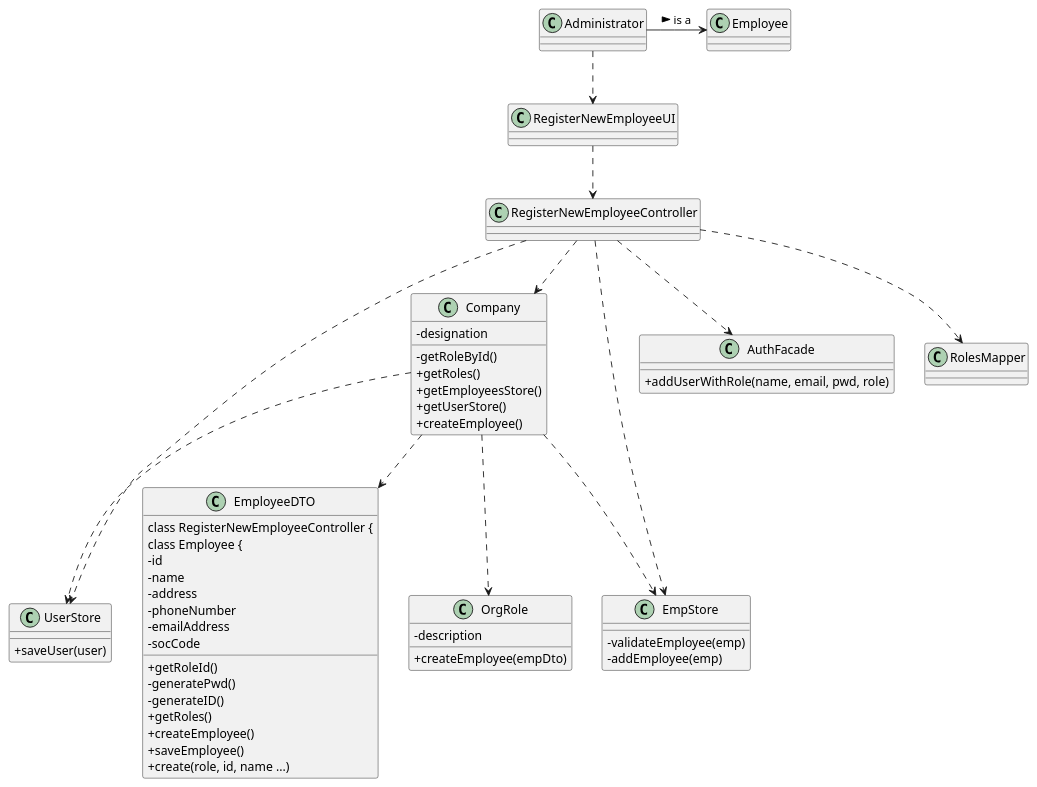
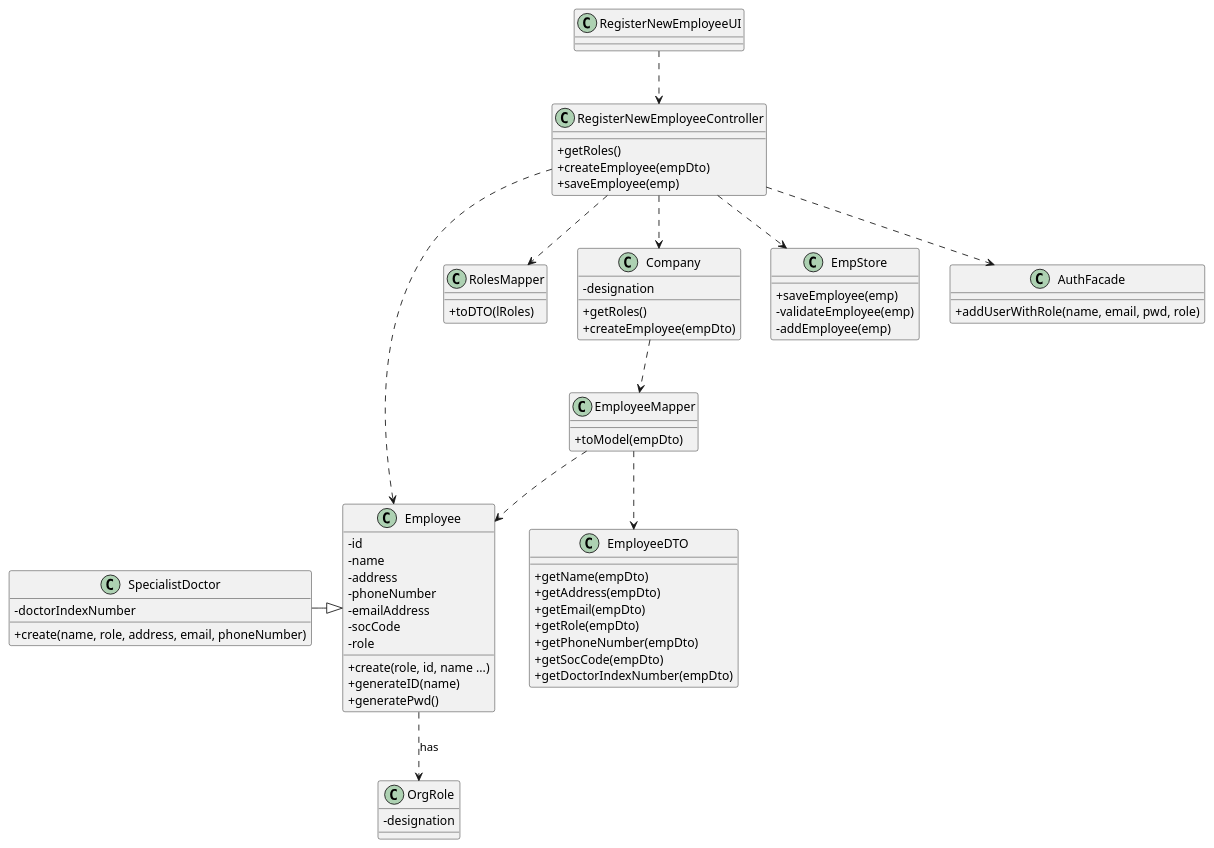
One commit to 0franciscor/lei-21-s2-1de-g19 changed the diagram in docs/SprintB/US07/US07-CD.puml. Above: the diagram before and after it, drawn with PlantUML. The commit also changed 1 other file, not shown here.

```diff
--- a/docs/SprintB/US07/US07-CD.puml
+++ b/docs/SprintB/US07/US07-CD.puml
@@ -1,57 +1,69 @@
 @startuml
 skinparam classAttributeIconSize 0
 class RegisterNewEmployeeUI
+class RolesMapper {
+  +toDTO(lRoles)
+  }
+class EmployeeMapper {
+  +toModel(empDto)
+  }
+class SpecialistDoctor {
+  -doctorIndexNumber
+  +create(name, role, address, email, phoneNumber)
+  }
 class EmployeeDTO {
-  +getRoleId()
+  +getName(empDto)
+  +getAddress(empDto)
+  +getEmail(empDto)
+  +getRole(empDto)
+  +getPhoneNumber(empDto)
+  +getSocCode(empDto)
+  +getDoctorIndexNumber(empDto)
+  }
 class RegisterNewEmployeeController {
-  -generatePwd()
-  -generateID()
+
   +getRoles()
-  +createEmployee()
-  +saveEmployee()
+  +createEmployee(empDto)
+  +saveEmployee(emp)
+  }
 class Employee {
   -id
   -name
   -address
   -phoneNumber
   -emailAddress
   -socCode
+  -role
   +create(role, id, name ...)
+  +generateID(name)
+  +generatePwd()
 }
 class OrgRole {
-  -description
-  +createEmployee(empDto)
+  -designation
 }
 class Company {
   -designation
-  -getRoleById()
   +getRoles()
-  +getEmployeesStore()
-  +getUserStore()
-  +createEmployee()
-}
-
-class UserStore {
-  +saveUser(user)
+  +createEmployee(empDto)
 }
 class EmpStore {
+  +saveEmployee(emp)
   -validateEmployee(emp)
   -addEmployee(emp)
 }
 class AuthFacade {
   +addUserWithRole(name, email, pwd, role)
 }
-Company .-> UserStore
-Company .-> EmpStore
-Company .-> EmployeeDTO
-Company .-> OrgRole
+SpecialistDoctor -|> Employee
+Company .-> EmployeeMapper
+EmployeeMapper .-> EmployeeDTO
+EmployeeMapper .-> Employee
 RegisterNewEmployeeUI .-> RegisterNewEmployeeController
 RegisterNewEmployeeController .-> Company
 RegisterNewEmployeeController .-> RolesMapper
 RegisterNewEmployeeController .-> EmpStore
-RegisterNewEmployeeController .-> UserStore
+RegisterNewEmployeeController .-> Employee
 RegisterNewEmployeeController .-> AuthFacade
-Administrator .-> RegisterNewEmployeeUI
+Employee .-> OrgRole : has
 
-Administrator -> Employee : > is a
 @enduml
```
